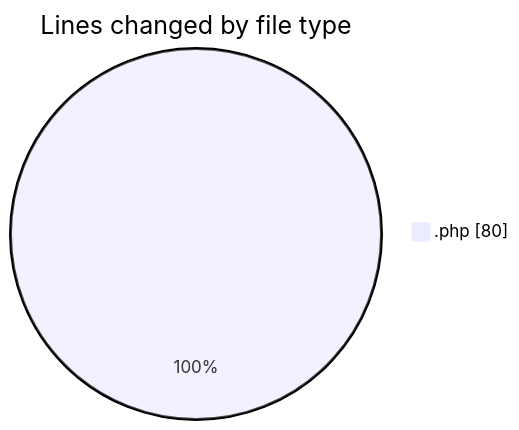
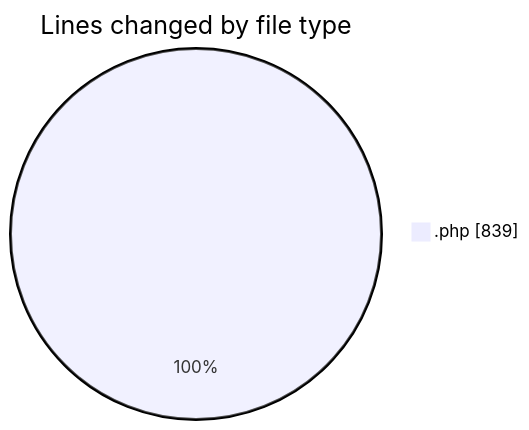
The first of 2 diagrams in 2025-06-06/sewa-mobil/README.md (idhammustaqopulfikri/code-tracking), drawn with Mermaid before and after one commit. The commit also changed other lines of this file and 1 other file, not shown here.

````diff
--- a/2025-06-06/sewa-mobil/README.md
+++ b/2025-06-06/sewa-mobil/README.md
@@ -22,5 +22,5 @@
 ```mermaid
 pie showData
 title Lines changed by file type
-".php" : 80
+".php" : 839
 ```
````
